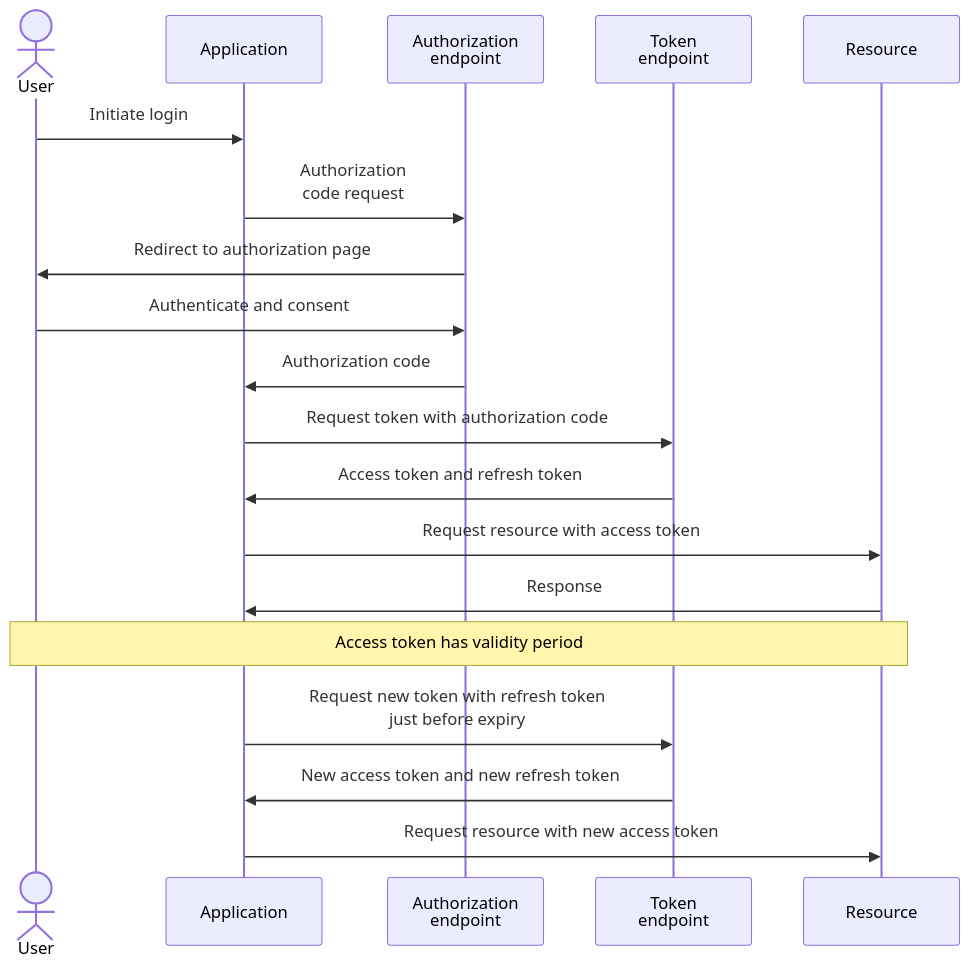
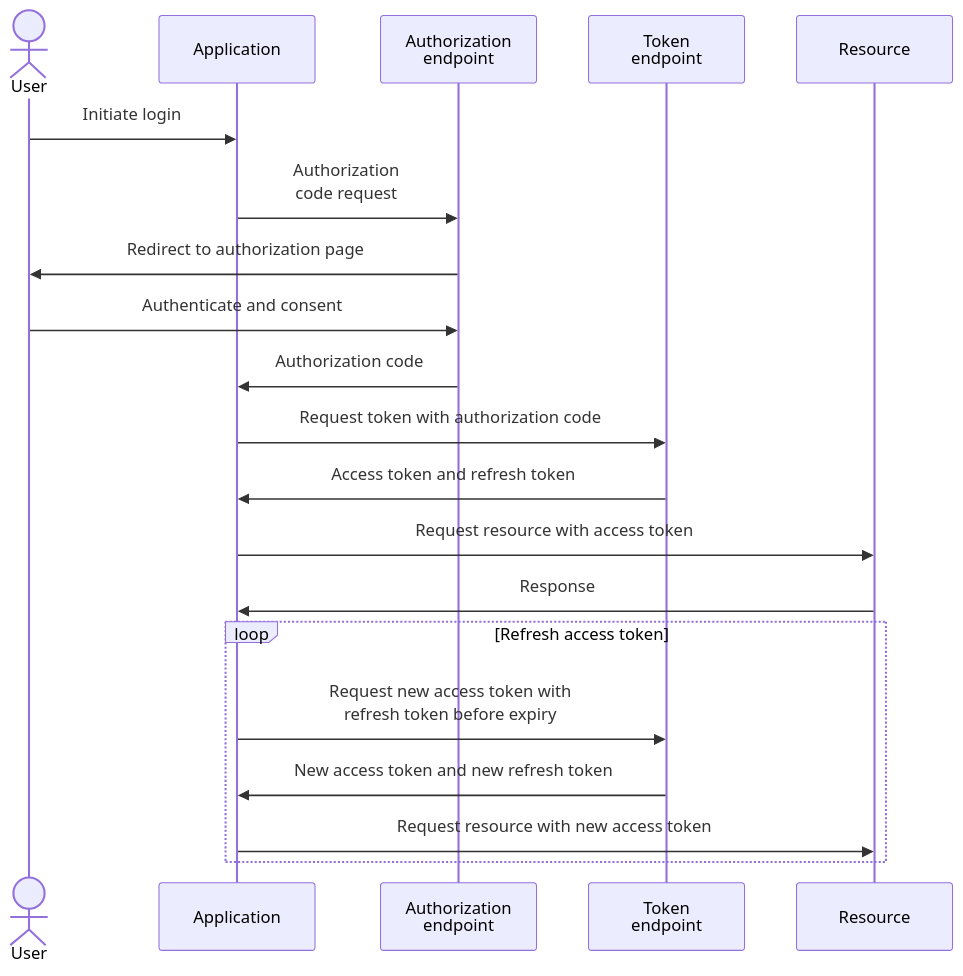
The second of 3 diagrams in oauth-2.0-flows.md (joetanx/mslab), drawn with Mermaid before and after one commit. The commit also changed other lines of this file, not shown here.

````diff
--- a/oauth-2.0-flows.md
+++ b/oauth-2.0-flows.md
@@ -25,21 +25,22 @@
 ```mermaid
 sequenceDiagram
   actor A as User
   participant B as Application
   participant C as Authorization<br>endpoint
   participant D as Token<br>endpoint
   participant E as Resource
   A->>B:Initiate login
   B->>C:Authorization<br>code request
   C->>A:Redirect to authorization page
   A->>C:Authenticate and consent
   C->>B:Authorization code
   B->>D:Request token with authorization code
   D->>B:Access token and refresh token
   B->>E:Request resource with access token
   E->>B:Response
-  note over A,E: Access token has validity period
-  B->>D:Request new token with refresh token<br>just before expiry
-  D->>B:New access token and new refresh token
-  B->>E:Request resource with new access token
+  loop Refresh access token
+    B->>D:Request new access token with<br>refresh token before expiry
+    D->>B:New access token and new refresh token
+    B->>E:Request resource with new access token
+  end
 ```
````
